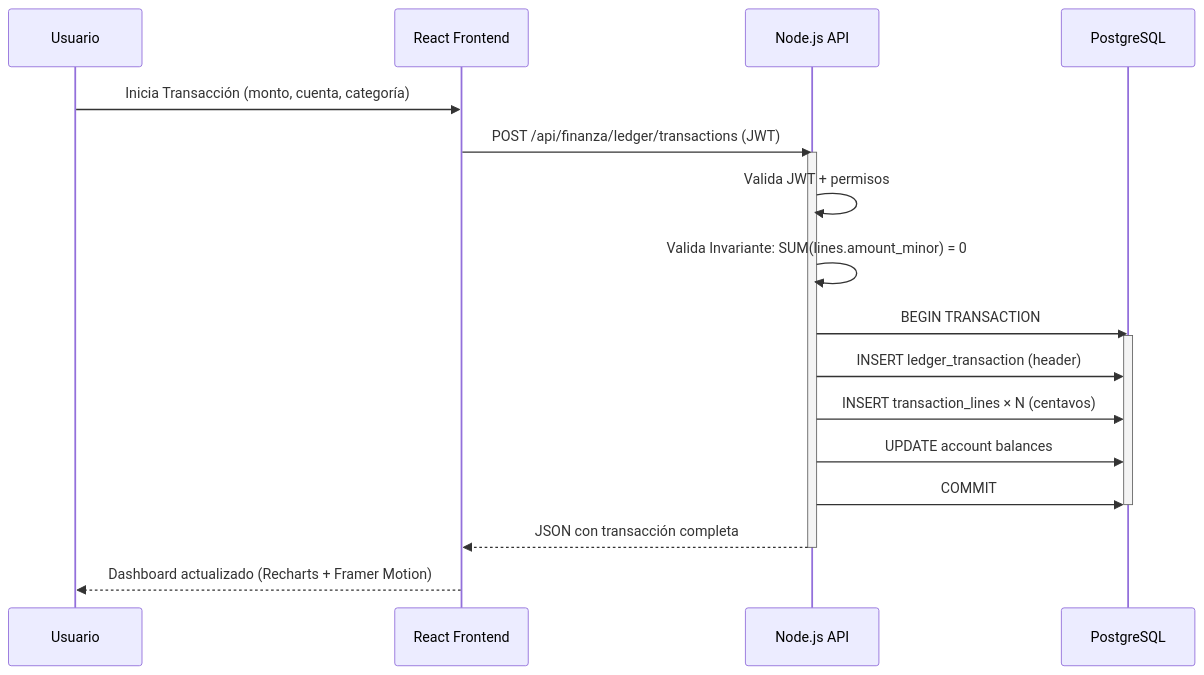
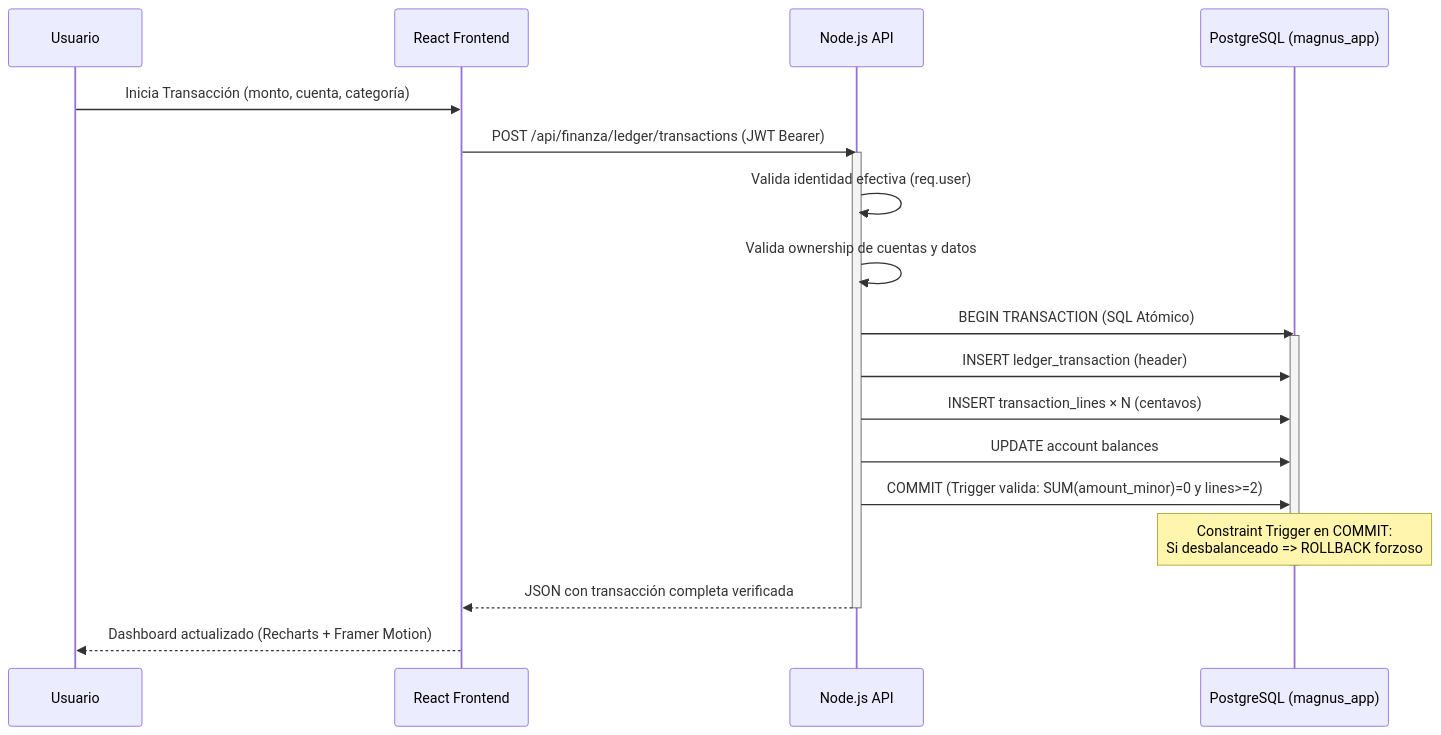
Before and after one commit to YoxeLaunch/MagnusOS2: the second of 2 diagrams in README.md, drawn with Mermaid. The commit also changed other lines of this file, not shown here.

````diff
--- a/README.md
+++ b/README.md
@@ -120,23 +153,24 @@
 ```mermaid
 sequenceDiagram
     participant U as Usuario
     participant R as React Frontend
     participant E as Node.js API
-    participant DB as PostgreSQL
+    participant DB as PostgreSQL (magnus_app)
 
     U->>R: Inicia Transacción (monto, cuenta, categoría)
-    R->>E: POST /api/finanza/ledger/transactions (JWT)
+    R->>E: POST /api/finanza/ledger/transactions (JWT Bearer)
     activate E
-    E->>E: Valida JWT + permisos
-    E->>E: Valida Invariante: SUM(lines.amount_minor) = 0
-    E->>DB: BEGIN TRANSACTION
+    E->>E: Valida identidad efectiva (req.user)
+    E->>E: Valida ownership de cuentas y datos
+    E->>DB: BEGIN TRANSACTION (SQL Atómico)
     activate DB
     E->>DB: INSERT ledger_transaction (header)
     E->>DB: INSERT transaction_lines × N (centavos)
     E->>DB: UPDATE account balances
-    E->>DB: COMMIT
+    E->>DB: COMMIT (Trigger valida: SUM(amount_minor)=0 y lines>=2)
+    Note over DB: Constraint Trigger en COMMIT:<br/>Si desbalanceado => ROLLBACK forzoso
     deactivate DB
-    E-->>R: JSON con transacción completa
+    E-->>R: JSON con transacción completa verificada
     deactivate E
     R-->>U: Dashboard actualizado (Recharts + Framer Motion)
 ```
````
